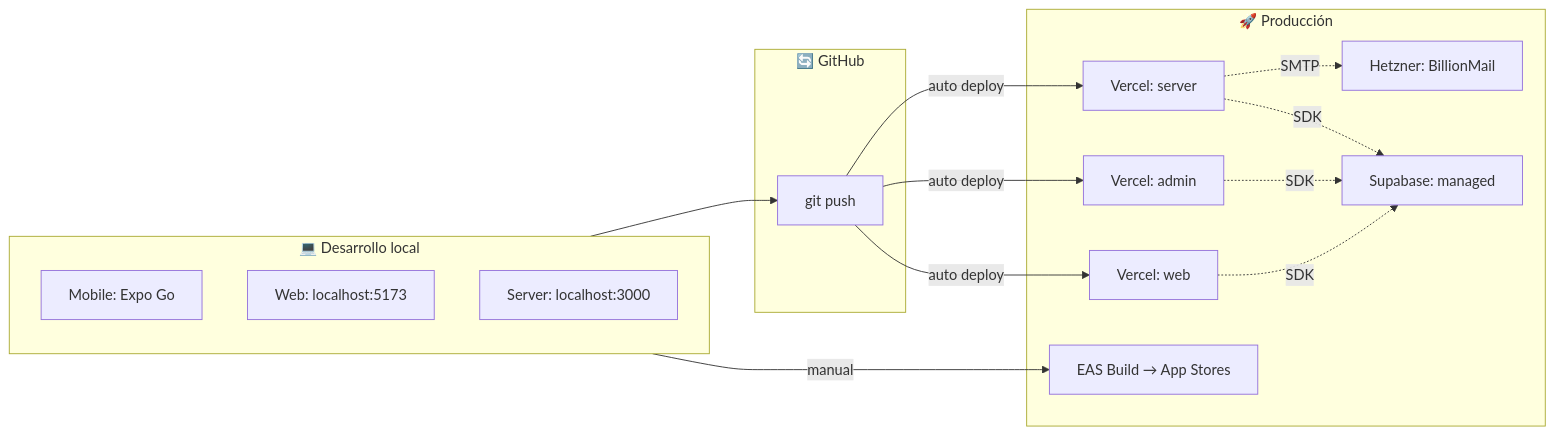
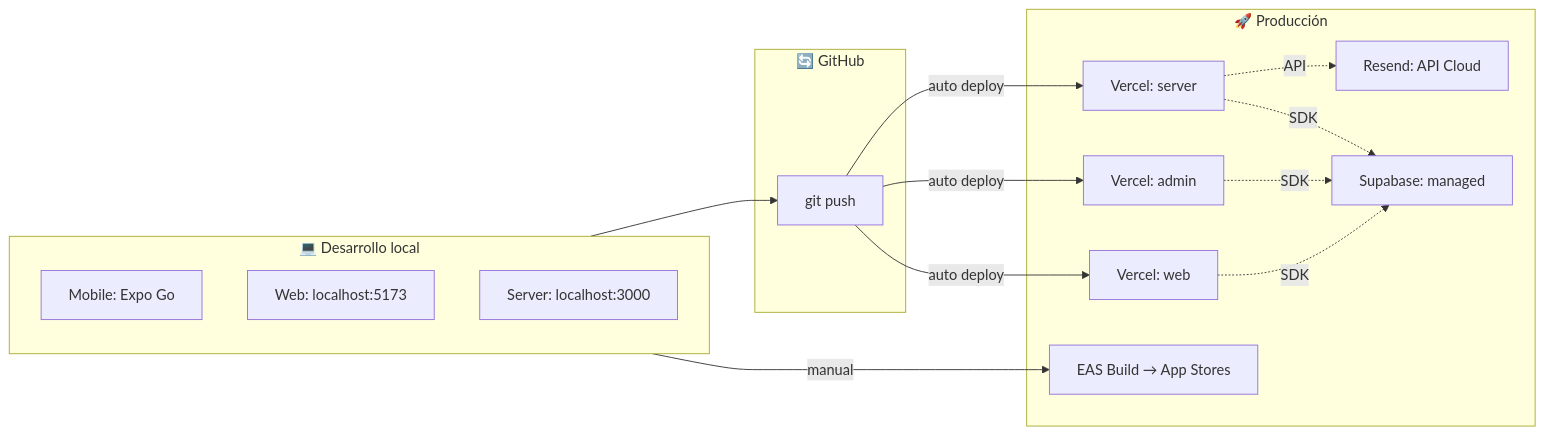
Diagram 16 of 16 in docstecnica.md (msabbar02/PawMate), drawn with Mermaid before and after one commit. The commit also changed other lines of this file and 6 other files, not shown here.

Commit message:
feat(email): migrar de BillionMail/Nodemailer a Resend SDK

````diff
--- a/docstecnica.md
+++ b/docstecnica.md
@@ -514,29 +514,29 @@
 ```mermaid
 flowchart LR
     subgraph Dev["💻 Desarrollo local"]
         D1[Mobile: Expo Go]
         D2[Web: localhost:5173]
         D3[Server: localhost:3000]
     end
 
     subgraph CI["🔄 GitHub"]
         G[git push]
     end
 
     subgraph Prod["🚀 Producción"]
         V1[Vercel: web]
         V2[Vercel: admin]
         V3[Vercel: server]
-        H[Hetzner: BillionMail]
+        H[Resend: API Cloud]
         S[Supabase: managed]
         E[EAS Build → App Stores]
     end
 
     Dev --> G
     G -->|auto deploy| V1
     G -->|auto deploy| V2
     G -->|auto deploy| V3
     Dev -->|manual| E
-    V3 -.SMTP.-> H
+    V3 -.API.-> H
     V1 & V2 & V3 -.SDK.-> S
 ```
````
